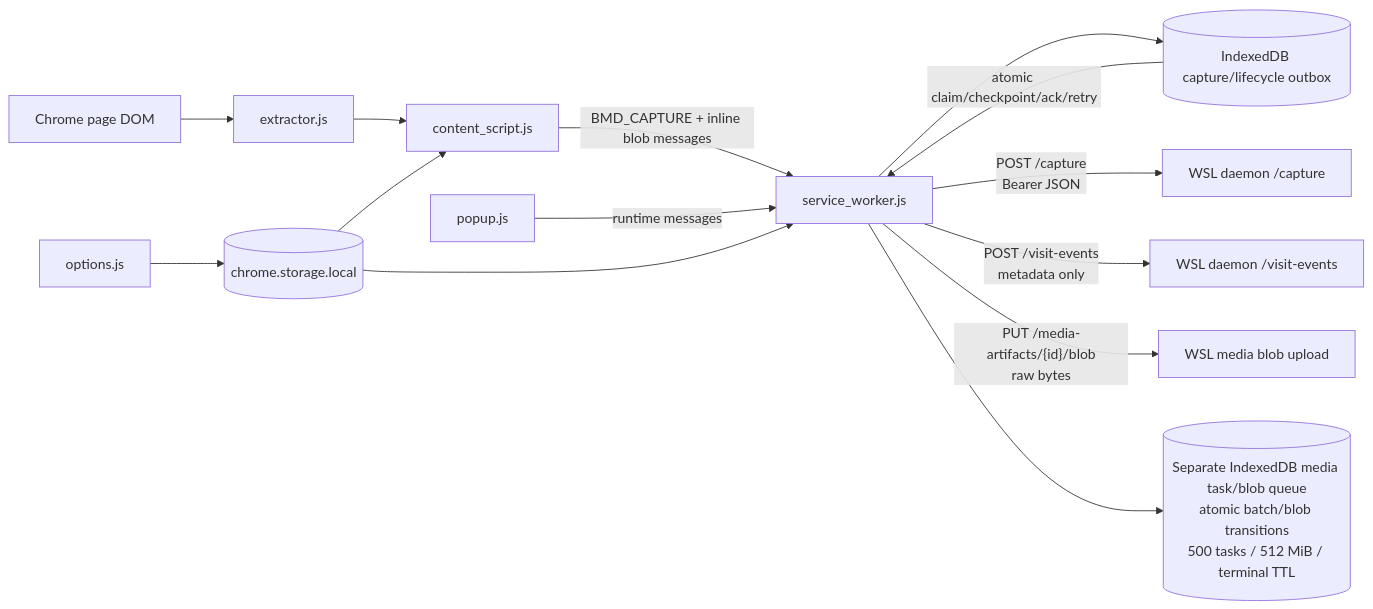
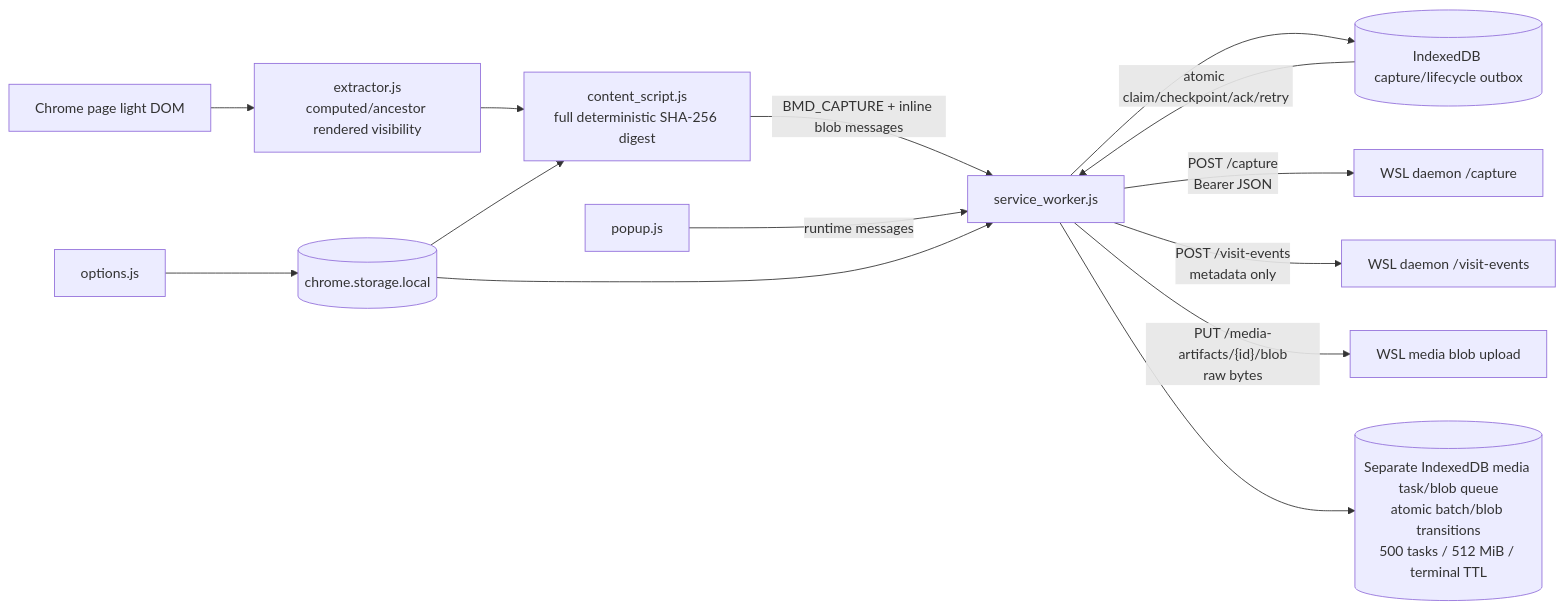
One commit to michaelnicks0/browser-memory-daemon changed the first of 8 diagrams in docs/DIAGRAMS.md. Above: the diagram before and after it, drawn with Mermaid. The commit also changed other lines of this file and 48 other files, not shown here.

Commit message:
fix(extension): use full digest and rendered visibility

````diff
--- a/docs/DIAGRAMS.md
+++ b/docs/DIAGRAMS.md
@@ -28,16 +28,16 @@
 ```mermaid
 flowchart LR
-  Page["Chrome page DOM"] --> Extractor["extractor.js"]
-  Extractor --> Content["content_script.js"]
+  Page["Chrome page light DOM"] --> Extractor["extractor.js<br/>computed/ancestor rendered visibility"]
+  Extractor --> Content["content_script.js<br/>full deterministic SHA-256 digest"]
   Content -->|"BMD_CAPTURE + inline blob messages"| ServiceWorker["service_worker.js"]
   ServiceWorker --> Outbox[("IndexedDB capture/lifecycle outbox")]
   Outbox -->|"atomic claim/checkpoint/ack/retry"| ServiceWorker
   ServiceWorker -->|"POST /capture<br/>Bearer JSON"| DaemonCapture["WSL daemon /capture"]
   ServiceWorker -->|"POST /visit-events<br/>metadata only"| DaemonVisit["WSL daemon /visit-events"]
   ServiceWorker -->|"PUT /media-artifacts/{id}/blob<br/>raw bytes"| DaemonMedia["WSL media blob upload"]
   ServiceWorker --> MediaIDB[("Separate IndexedDB media task/blob queue<br/>atomic batch/blob transitions<br/>500 tasks / 512 MiB / terminal TTL")]
   Popup["popup.js"] -->|"runtime messages"| ServiceWorker
   Options["options.js"] --> Storage[("chrome.storage.local")]
   Storage --> Content
   Storage --> ServiceWorker
 ```
````
